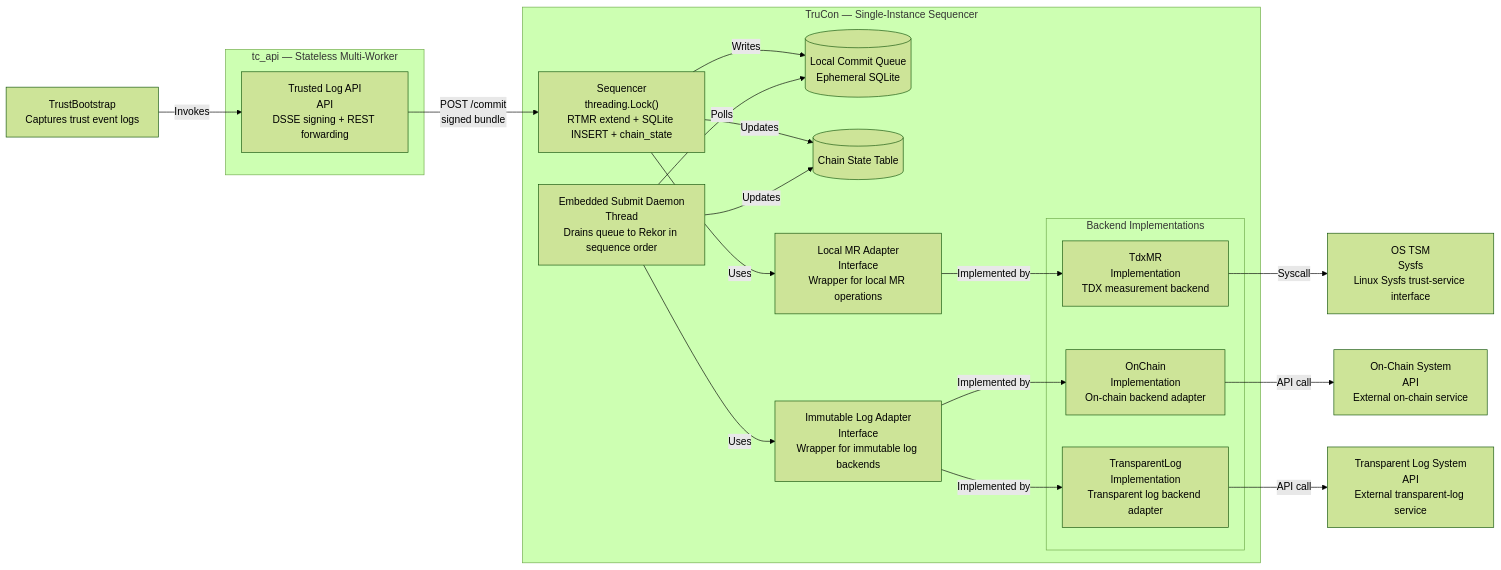
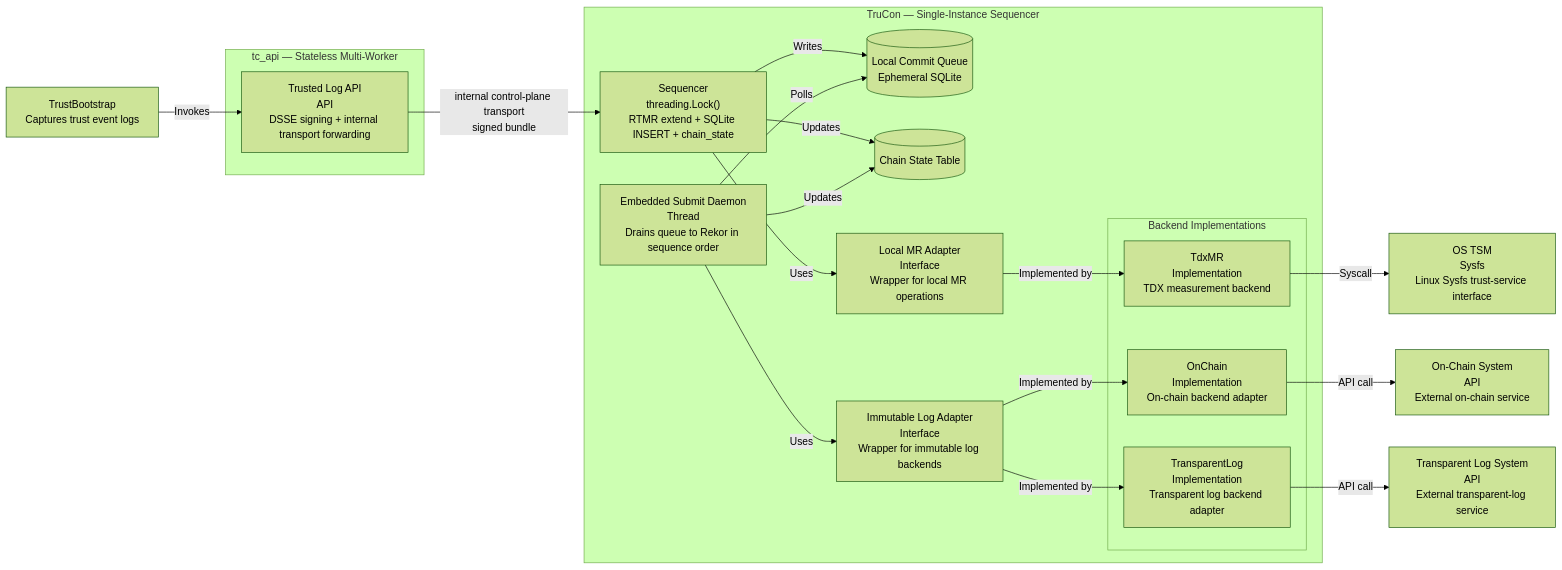
Before and after one commit to intel/confidential-computing-zoo: the second of 7 diagrams in docs/trusted-log/architecture.md, drawn with Mermaid (forest theme). The commit also changed other lines of this file and 25 other files, not shown here.

````diff
--- a/docs/trusted-log/architecture.md
+++ b/docs/trusted-log/architecture.md
@@ -58,44 +58,44 @@
 ```mermaid
 flowchart LR
     TrustBootstrap["TrustBootstrap<br/>Captures trust event logs"]
 
     subgraph TcApiBoundary[tc_api — Stateless Multi-Worker]
-        TrustLogApi["Trusted Log API<br/>API<br/>DSSE signing + REST forwarding"]
+        TrustLogApi["Trusted Log API<br/>API<br/>DSSE signing + internal transport forwarding"]
     end
 
     subgraph TrustApiBoundary[TruCon — Single-Instance Sequencer]
         Sequencer["Sequencer<br/>threading.Lock()<br/>RTMR extend + SQLite INSERT + chain_state"]
         SubmissionDaemon["Embedded Submit Daemon<br/>Thread<br/>Drains queue to Rekor in sequence order"]
         CommitQueue[(Local Commit Queue<br/>Ephemeral SQLite)]
         ChainState[(Chain State Table)]
 
         LocalMRAdapter["Local MR Adapter<br/>Interface<br/>Wrapper for local MR operations"]
         ImmutableLogAdapter["Immutable Log Adapter<br/>Interface<br/>Wrapper for immutable log backends"]
 
         subgraph BackendImplementations[Backend Implementations]
             TdxMR["TdxMR<br/>Implementation<br/>TDX measurement backend"]
             OnChainImpl["OnChain<br/>Implementation<br/>On-chain backend adapter"]
             TransparentLogImpl["TransparentLog<br/>Implementation<br/>Transparent log backend adapter"]
         end
     end
 
     OSTSM["OS TSM<br/>Sysfs<br/>Linux Sysfs trust-service interface"]
     OnChainSystem["On-Chain System<br/>API<br/>External on-chain service"]
     TransparentLogSystem["Transparent Log System<br/>API<br/>External transparent-log service"]
 
     TrustBootstrap -->|Invokes| TrustLogApi
-    TrustLogApi -->|POST /commit<br/>signed bundle| Sequencer
+    TrustLogApi -->|internal control-plane transport<br/>signed bundle| Sequencer
     Sequencer -->|Writes| CommitQueue
     Sequencer -->|Updates| ChainState
     SubmissionDaemon -->|Polls| CommitQueue
     SubmissionDaemon -->|Updates| ChainState
 
     Sequencer -->|Uses| LocalMRAdapter
     SubmissionDaemon -->|Uses| ImmutableLogAdapter
     LocalMRAdapter -->|Implemented by| TdxMR
     ImmutableLogAdapter -->|Implemented by| OnChainImpl
     ImmutableLogAdapter -->|Implemented by| TransparentLogImpl
     TdxMR -->|Syscall| OSTSM
     OnChainImpl -->|API call| OnChainSystem
     TransparentLogImpl -->|API call| TransparentLogSystem
 ```
````
